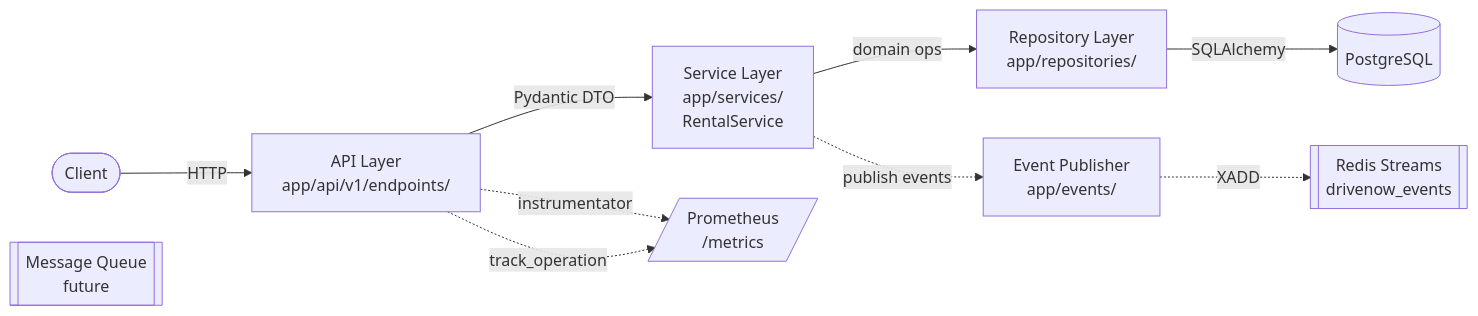
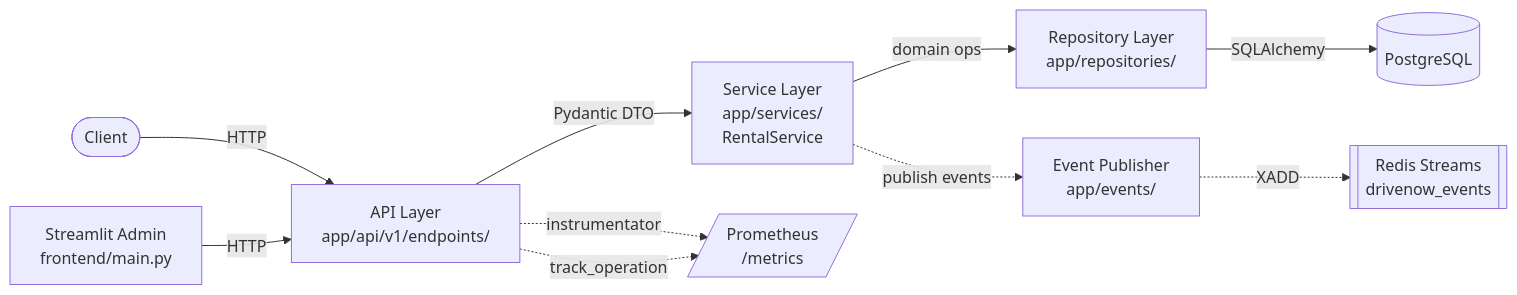
Before and after one commit to hillelGonen/DriveNow: the diagram in README.md, drawn with Mermaid. The commit also changed other lines of this file, not shown here.

First line of the commit message:
Feat/admin dashboard (#14)

````diff
--- a/README.md
+++ b/README.md
@@ -13,20 +14,22 @@
 ```mermaid
 flowchart LR
     Client([Client])
+    Admin[Streamlit Admin<br/>frontend/main.py]
     API[API Layer<br/>app/api/v1/endpoints/]
     Service[Service Layer<br/>app/services/<br/>RentalService]
     Repo[Repository Layer<br/>app/repositories/]
     DB[(PostgreSQL)]
     Events[Event Publisher<br/>app/events/]
-    MQ[[Message Queue<br/>future]]
+    Redis[[Redis Streams<br/>drivenow_events]]
     Prom[/Prometheus<br/>/metrics/]
 
     Client -->|HTTP| API
+    Admin -->|HTTP| API
     API -->|Pydantic DTO| Service
     Service -->|domain ops| Repo
     Repo -->|SQLAlchemy| DB
     Service -.->|publish events| Events
-    Events -.->|XADD| Redis[[Redis Streams<br/>drivenow_events]]
+    Events -.->|XADD| Redis
     API -. instrumentator .-> Prom
     API -. track_operation .-> Prom
 ```
````
